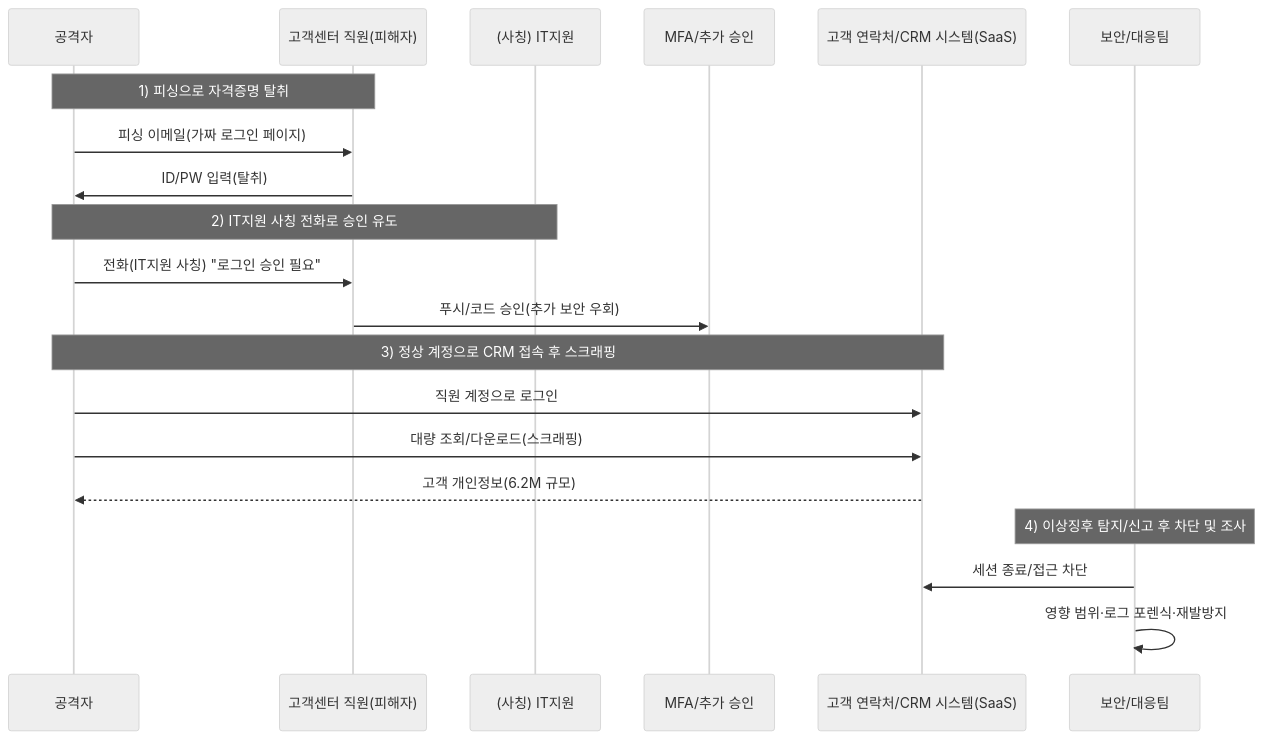
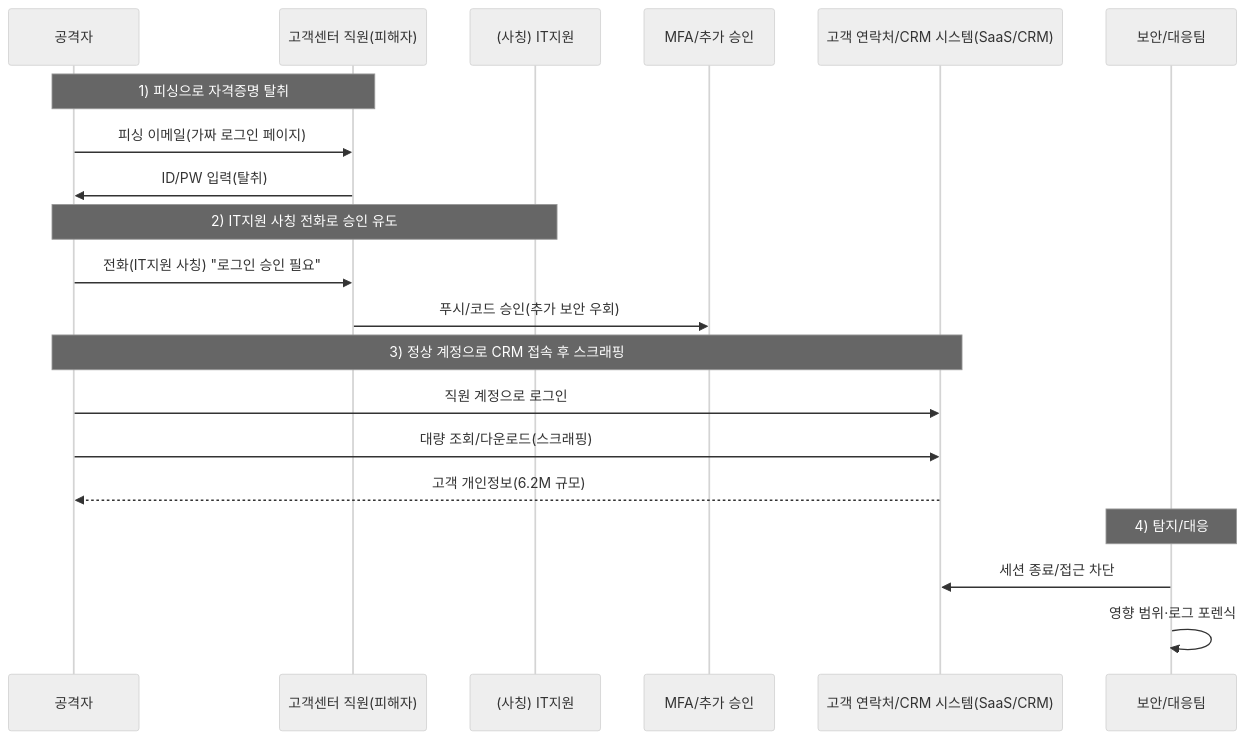
The diagram in content/ko/threats/case-odido_breach.md (qubitsec/blog), drawn with Mermaid (neutral theme) before and after one commit. The commit also changed other lines of this file, not shown here.

````diff
--- a/content/ko/threats/case-odido_breach.md
+++ b/content/ko/threats/case-odido_breach.md
@@ -65,26 +89,26 @@
 ```mermaid
 sequenceDiagram
     participant Attacker as 공격자
     participant CS as 고객센터 직원(피해자)
     participant IT as (사칭) IT지원
     participant MFA as MFA/추가 승인
-    participant CRM as 고객 연락처/CRM 시스템(SaaS)
+    participant CRM as 고객 연락처/CRM 시스템(SaaS/CRM)
     participant SOC as 보안/대응팀
 
     Note over Attacker, CS: 1) 피싱으로 자격증명 탈취
     Attacker->>CS: 피싱 이메일(가짜 로그인 페이지)
     CS->>Attacker: ID/PW 입력(탈취)
 
     Note over Attacker, IT: 2) IT지원 사칭 전화로 승인 유도
     Attacker->>CS: 전화(IT지원 사칭) "로그인 승인 필요"
     CS->>MFA: 푸시/코드 승인(추가 보안 우회)
 
     Note over Attacker, CRM: 3) 정상 계정으로 CRM 접속 후 스크래핑
     Attacker->>CRM: 직원 계정으로 로그인
     Attacker->>CRM: 대량 조회/다운로드(스크래핑)
     CRM-->>Attacker: 고객 개인정보(6.2M 규모)
 
-    Note over SOC: 4) 이상징후 탐지/신고 후 차단 및 조사
+    Note over SOC: 4) 탐지/대응
     SOC->>CRM: 세션 종료/접근 차단
-    SOC->>SOC: 영향 범위·로그 포렌식·재발방지
+    SOC->>SOC: 영향 범위·로그 포렌식
 ```
````
